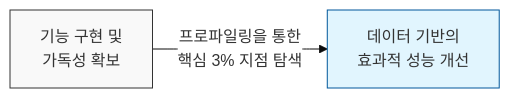
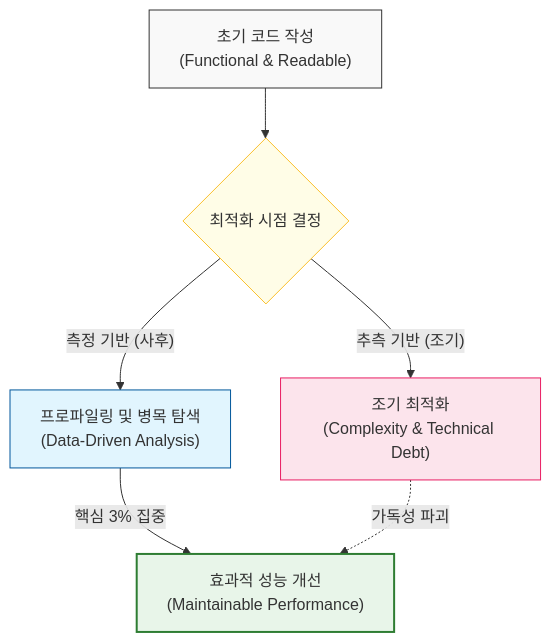
The second of 2 diagrams in docs/laws/premature-optimization.md (jeonck/ai-sw-engineering), drawn with Mermaid before and after one commit. The commit also changed other lines of this file and 29 other files, not shown here.

````diff
--- a/docs/laws/premature-optimization.md
+++ b/docs/laws/premature-optimization.md
@@ -29,7 +30,17 @@
 ```mermaid
-%%{init: { 'theme': 'base', 'themeVariables': { 'edgeLabelBackground': '#fff' }}}%%
-flowchart LR
-    A2["기능 구현 및\n가독성 확보"] -- "프로파일링을 통한\n핵심 3% 지점 탐색" --> B2["데이터 기반의\n효과적 성능 개선"]
-    style A2 fill:#f9f9f9,stroke:#333,stroke-width:1px
-    style B2 fill:#e1f5fe,stroke:#01579b,stroke-width:1px
+graph TD
+    Code["초기 코드 작성\n(Functional & Readable)"] --> Path{최적화 시점 결정}
+    
+    Path -- "추측 기반 (조기)" --> Premature["조기 최적화\n(Complexity & Technical Debt)"]
+    Path -- "측정 기반 (사후)" --> Measure["프로파일링 및 병목 탐색\n(Data-Driven Analysis)"]
+    
+    Measure -- "핵심 3% 집중" --> Optimized["효과적 성능 개선\n(Maintainable Performance)"]
+    
+    Premature -. "가독성 파괴" .-> Optimized
+    
+    style Code fill:#f9f9f9,stroke:#333,stroke-width:1px
+    style Path fill:#fffde7,stroke:#fbc02d,stroke-width:1px
+    style Premature fill:#fce4ec,stroke:#e91e63,stroke-width:1px
+    style Measure fill:#e1f5fe,stroke:#01579b,stroke-width:1px
+    style Optimized fill:#e8f5e9,stroke:#2e7d32,stroke-width:2px
 ```
````
